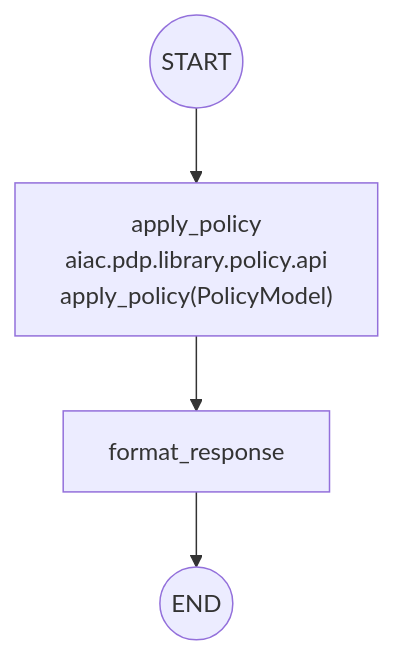
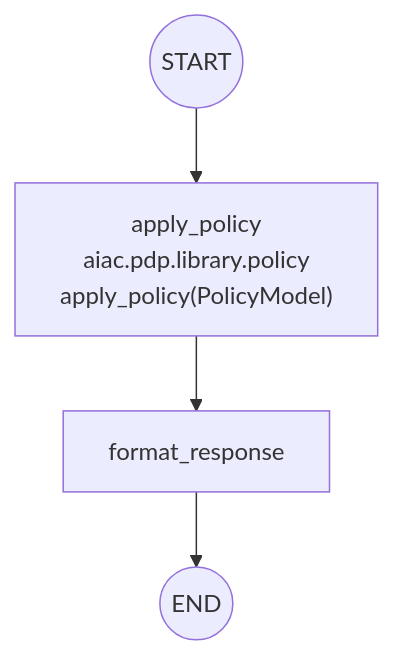
The third of 4 diagrams in inception/requirements/components/aiac-agent.md (rossoctl/aiac), drawn with Mermaid before and after one commit. The commit also changed other lines of this file and 5 other files, not shown here.

````diff
--- a/inception/requirements/components/aiac-agent.md
+++ b/inception/requirements/components/aiac-agent.md
@@ -242,6 +239,6 @@
 ```mermaid
 flowchart TD
-    START(("START")) --> APPLY["apply_policy\naiac.pdp.library.policy.api\napply_policy(PolicyModel)"]
+    START(("START")) --> APPLY["apply_policy\naiac.pdp.library.policy\napply_policy(PolicyModel)"]
     APPLY --> FORMAT["format_response"]
     FORMAT --> END(("END"))
 ```
````
